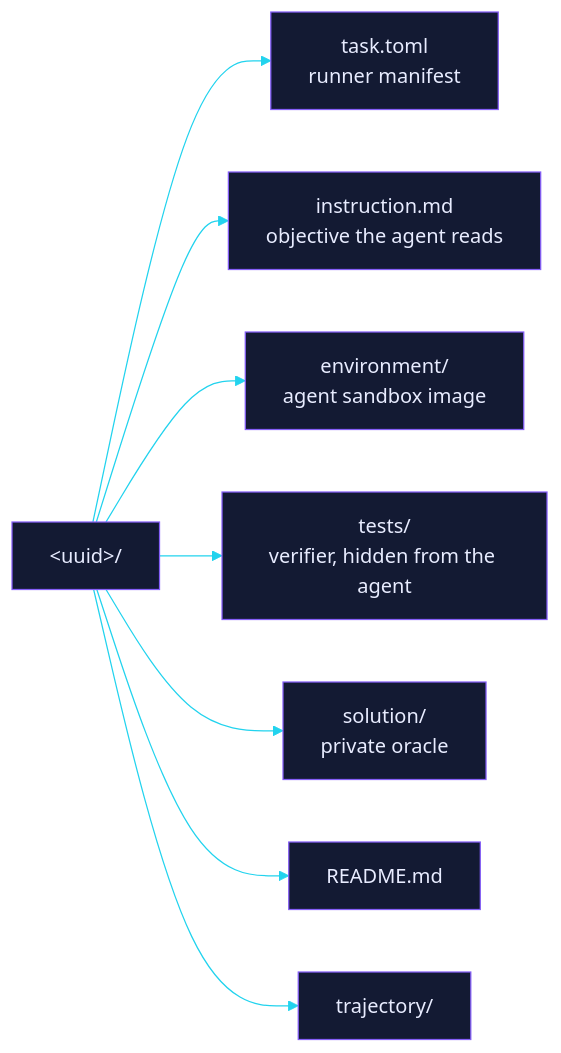
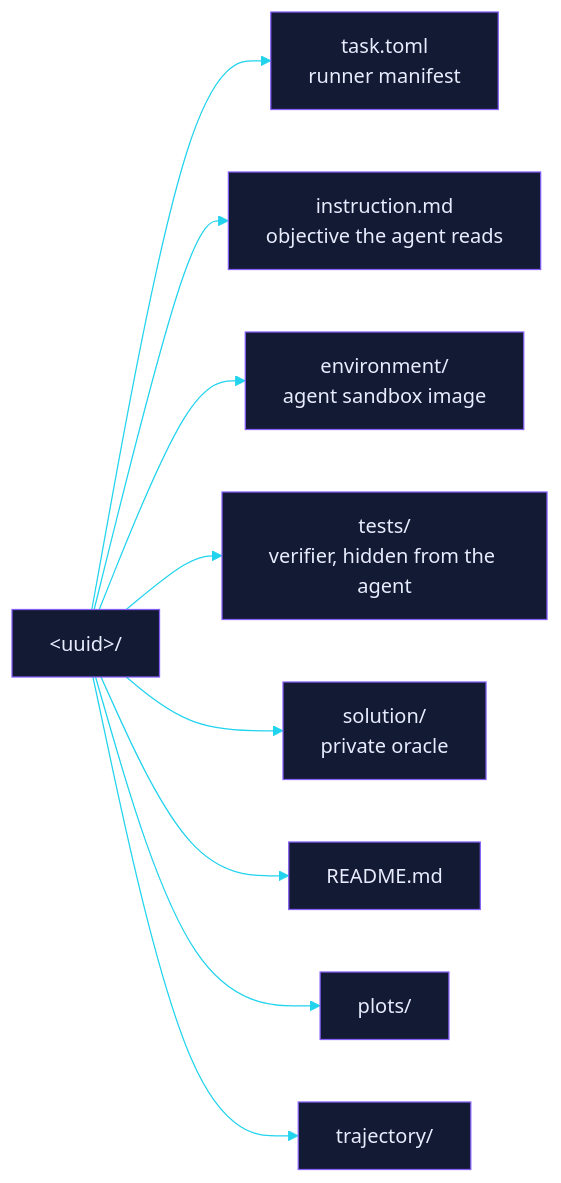
The first of 2 diagrams in README.md (EtharaLabs/mephisto-samples), drawn with Mermaid before and after one commit. The commit also changed other lines of this file, not shown here.

````diff
--- a/README.md
+++ b/README.md
@@ -75,12 +86,13 @@
 ```mermaid
 %%{init: {"theme":"base","themeVariables":{"primaryColor":"#131a33","primaryTextColor":"#e8ecff","primaryBorderColor":"#845EF7","lineColor":"#22d3ee","fontFamily":"monospace"}}}%%
 flowchart LR
     bundle["&lt;uuid&gt;/"]
     bundle --> n0["task.toml<br/>runner manifest"]
     bundle --> n1["instruction.md<br/>objective the agent reads"]
     bundle --> n2["environment/<br/>agent sandbox image"]
     bundle --> n3["tests/<br/>verifier, hidden from the agent"]
     bundle --> n4["solution/<br/>private oracle"]
     bundle --> n5["README.md"]
-    bundle --> n6["trajectory/"]
+    bundle --> n6["plots/"]
+    bundle --> n7["trajectory/"]
 ```
````
